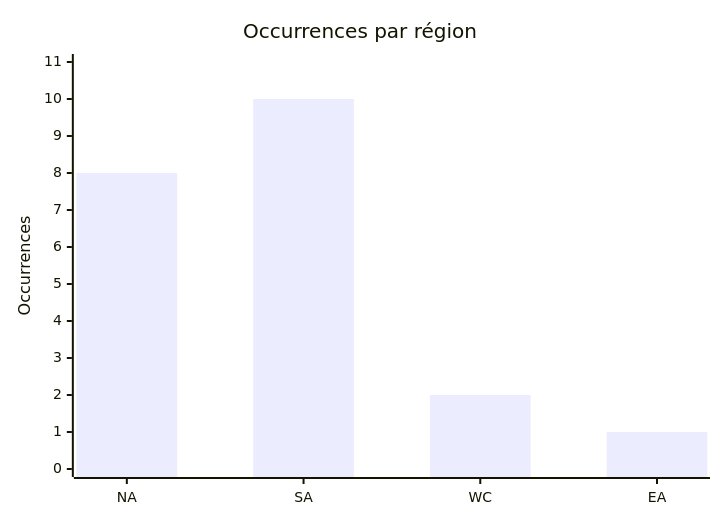
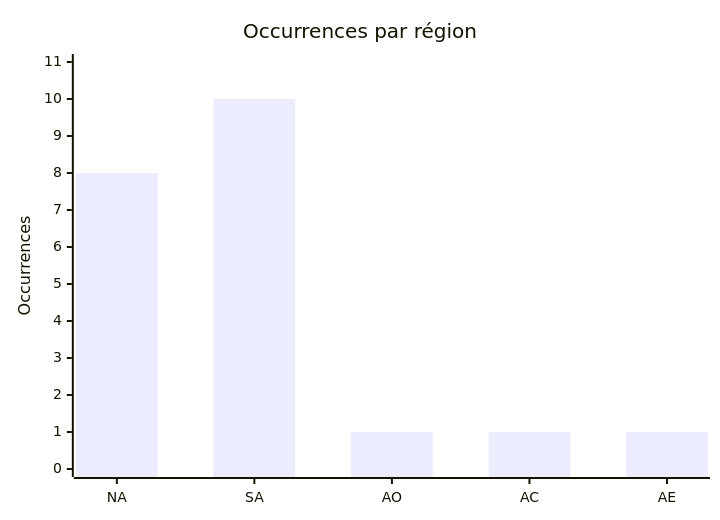
One commit to Hatchepsoute/AFRINTEL changed the fourth of 5 diagrams in CyberAttackAfrica/2025/05-may/README_FR.md. Above: the diagram before and after it, drawn with Mermaid. The commit also changed other lines of this file and 109 other files, not shown here.

````diff
--- a/CyberAttackAfrica/2025/05-may/README_FR.md
+++ b/CyberAttackAfrica/2025/05-may/README_FR.md
@@ -139,7 +140,7 @@
 ```mermaid
 xychart
     title "Occurrences par région"
-    x-axis ["NA","SA","WC","EA"]
+    x-axis ["NA","SA","AO","AC","AE"]
     y-axis "Occurrences" 0 --> 11
-    bar [8,10,2,1]
+    bar [8,10,1,1,1]
 ```
````
